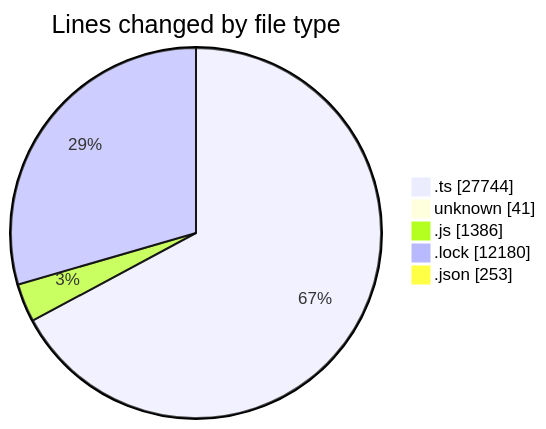
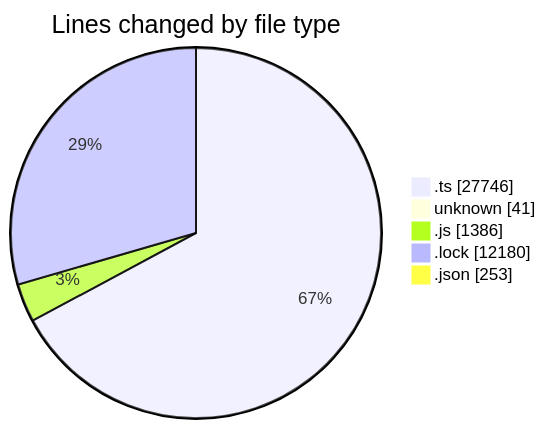
Before and after one commit to momahboobian/code-tracking: the first of 2 diagrams in 2025-08-18/cda/README.md, drawn with Mermaid. The commit also changed other lines of this file and 1 other file, not shown here.

````diff
--- a/2025-08-18/cda/README.md
+++ b/2025-08-18/cda/README.md
@@ -39,9 +39,9 @@
 ```mermaid
 pie showData
 title Lines changed by file type
-".ts" : 27744
+".ts" : 27746
 "unknown" : 41
 ".js" : 1386
 ".lock" : 12180
 ".json" : 253
 ```
````
